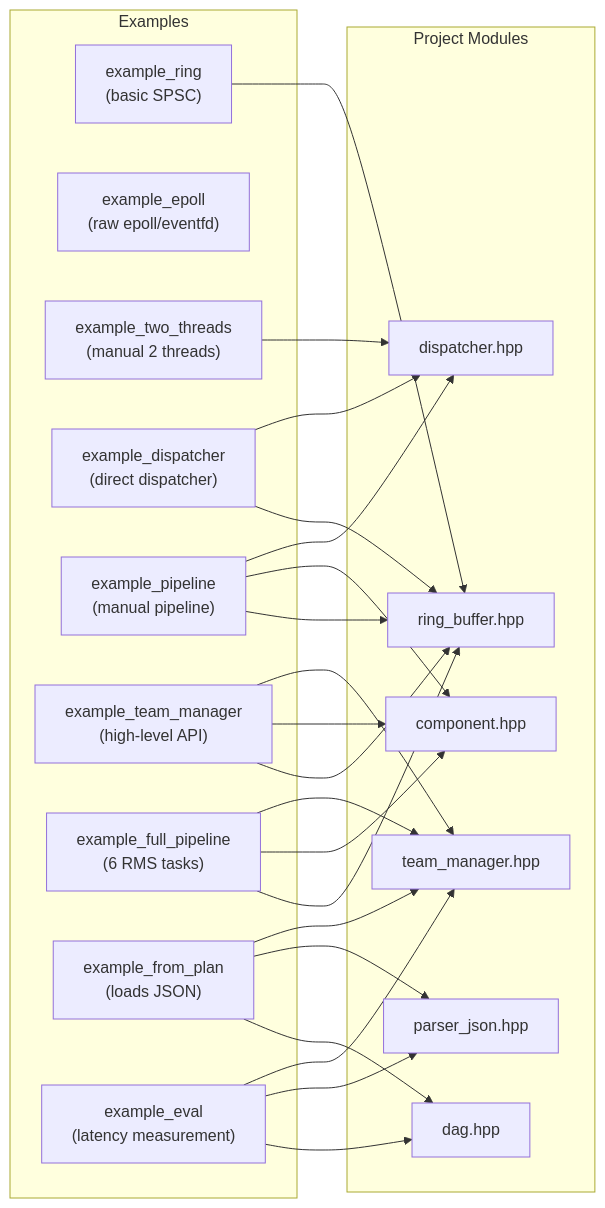
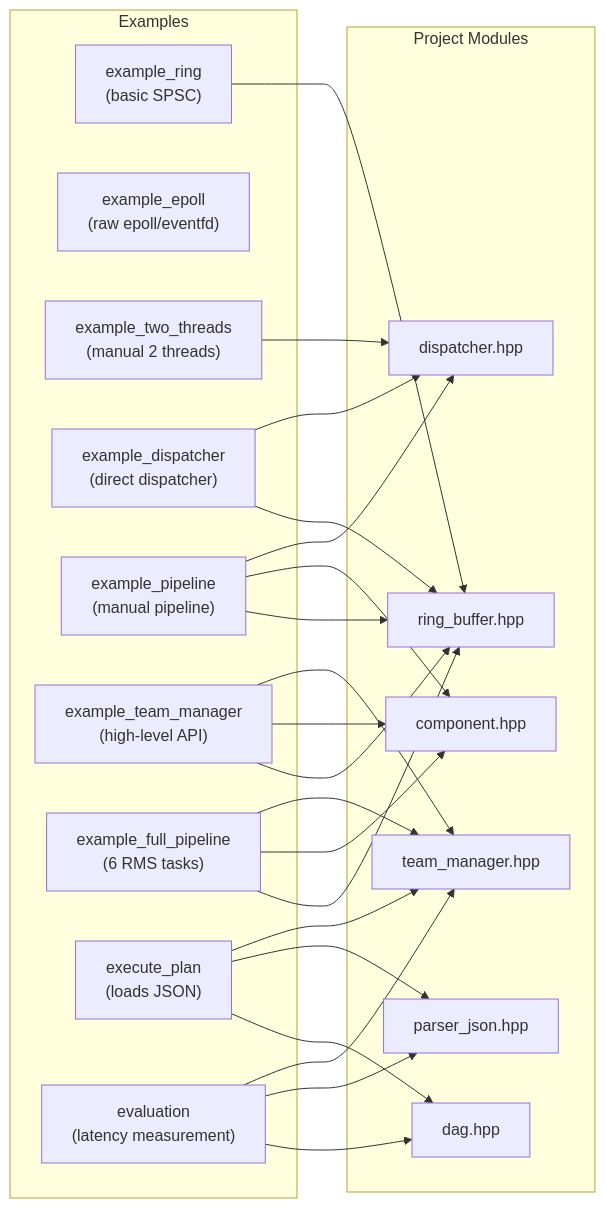
One commit to Tassany/Real-time-middleware changed diagram 13 of 14 in docs/visao-arquitetural.md. Above: the diagram before and after it, drawn with Mermaid. The commit also changed other lines of this file and 14 other files, not shown here.

````diff
--- a/docs/visao-arquitetural.md
+++ b/docs/visao-arquitetural.md
@@ -895,43 +895,43 @@
 ```mermaid
 graph LR
     subgraph MODULES["Project Modules"]
         RB["ring_buffer.hpp"]
         DISP["dispatcher.hpp"]
         TM["team_manager.hpp"]
         PJ["parser_json.hpp"]
         CB["component.hpp"]
         DAG["dag.hpp"]
     end
 
     subgraph EXAMPLES["Examples"]
         ER["example_ring\n(basic SPSC)"]
         EEP["example_epoll\n(raw epoll/eventfd)"]
         ETT["example_two_threads\n(manual 2 threads)"]
         ED["example_dispatcher\n(direct dispatcher)"]
         EP["example_pipeline\n(manual pipeline)"]
         ETM["example_team_manager\n(high-level API)"]
         EFP["example_full_pipeline\n(6 RMS tasks)"]
-        EFR["example_from_plan\n(loads JSON)"]
-        EEV["example_eval\n(latency measurement)"]
+        EFR["execute_plan\n(loads JSON)"]
+        EEV["evaluation\n(latency measurement)"]
     end
 
     ER --> RB
     ED --> DISP
     ED --> RB
     ETT --> DISP
     EP --> DISP
     EP --> CB
     EP --> RB
     ETM --> TM
     ETM --> CB
     ETM --> RB
     EFP --> TM
     EFP --> CB
     EFP --> RB
     EFR --> TM
     EFR --> PJ
     EFR --> DAG
     EEV --> TM
     EEV --> PJ
     EEV --> DAG
 ```
````
